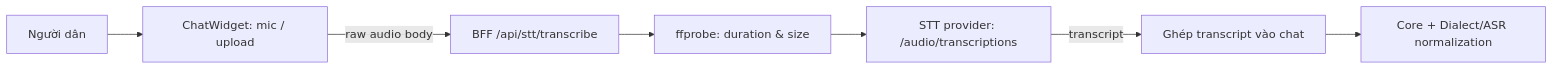
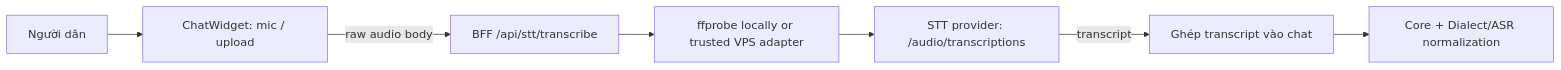
One commit to suzhentxt/VNeGuide changed the fourth of 5 diagrams in README.md. Above: the diagram before and after it, drawn with Mermaid. The commit also changed other lines of this file and 16 other files, not shown here.

Commit message:
feat(voice): bridge Vercel STT to secured VPS adapter

````diff
--- a/README.md
+++ b/README.md
@@ -590,9 +590,9 @@
 ```mermaid
 flowchart LR
     U[Người dân] --> UI[ChatWidget: mic / upload]
     UI -->|raw audio body| BFF[BFF /api/stt/transcribe]
-    BFF --> CHECK[ffprobe: duration & size]
+    BFF --> CHECK[ffprobe locally or trusted VPS adapter]
     CHECK --> PROVIDER[STT provider: /audio/transcriptions]
     PROVIDER -->|transcript| MERGE[Ghép transcript vào chat]
     MERGE --> CORE[Core + Dialect/ASR normalization]
 ```
````
